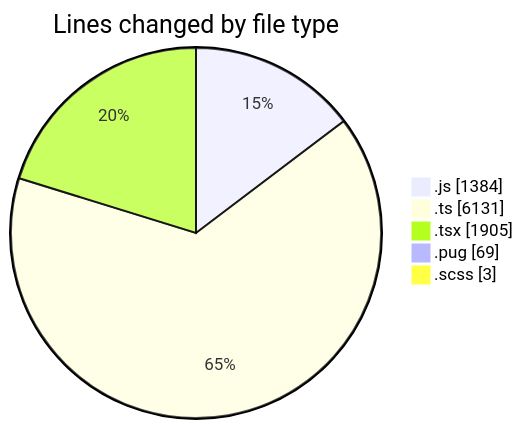
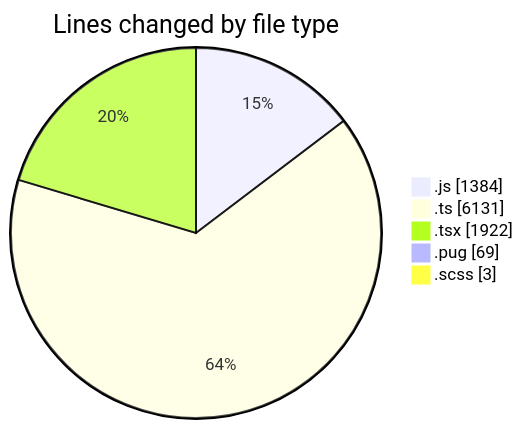
One commit to momahboobian/code-tracking changed the first of 2 diagrams in 2025-03-25/cda/README.md. Above: the diagram before and after it, drawn with Mermaid. The commit also changed other lines of this file and 1 other file, not shown here.

````diff
--- a/2025-03-25/cda/README.md
+++ b/2025-03-25/cda/README.md
@@ -38,9 +38,9 @@
 ```mermaid
 pie showData
 title Lines changed by file type
 ".js" : 1384
 ".ts" : 6131
-".tsx" : 1905
+".tsx" : 1922
 ".pug" : 69
 ".scss" : 3
 ```
````
